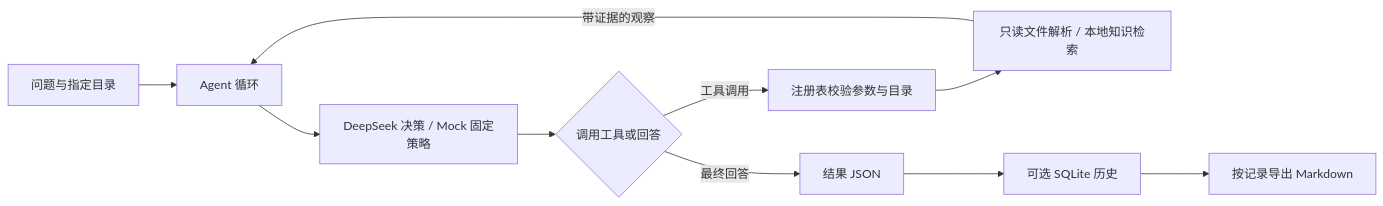
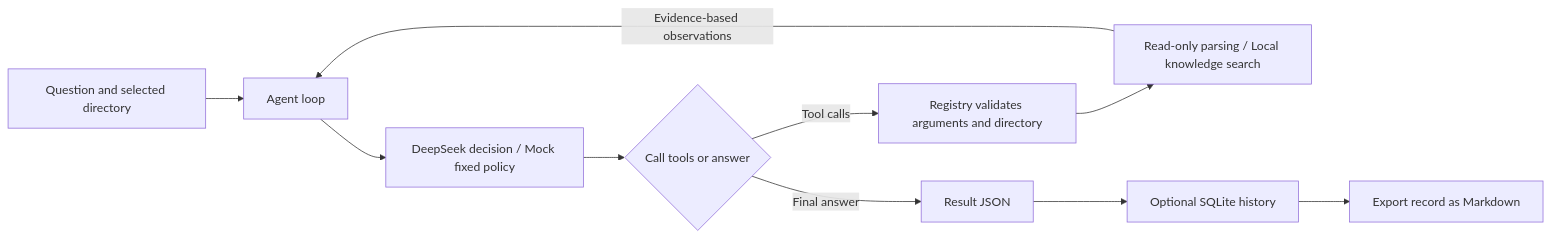
Before and after one commit to BerlinY5/vasp-copilot: the diagram in README.md, drawn with Mermaid. The commit also changed other lines of this file and 49 other files, not shown here.

````diff
--- a/README.md
+++ b/README.md
@@ -18,12 +18,12 @@
 ```mermaid
 flowchart LR
-    A[问题与指定目录] --> B[Agent 循环]
-    B --> C[DeepSeek 决策 / Mock 固定策略]
-    C --> D{调用工具或回答}
-    D -->|工具调用| E[注册表校验参数与目录]
-    E --> F[只读文件解析 / 本地知识检索]
-    F -->|带证据的观察| B
-    D -->|最终回答| G[结果 JSON]
-    G --> H[可选 SQLite 历史]
-    H --> I[按记录导出 Markdown]
+    A[Question and selected directory] --> B[Agent loop]
+    B --> C[DeepSeek decision / Mock fixed policy]
+    C --> D{Call tools or answer}
+    D -->|Tool calls| E[Registry validates arguments and directory]
+    E --> F[Read-only parsing / Local knowledge search]
+    F -->|Evidence-based observations| B
+    D -->|Final answer| G[Result JSON]
+    G --> H[Optional SQLite history]
+    H --> I[Export record as Markdown]
 ```
````
